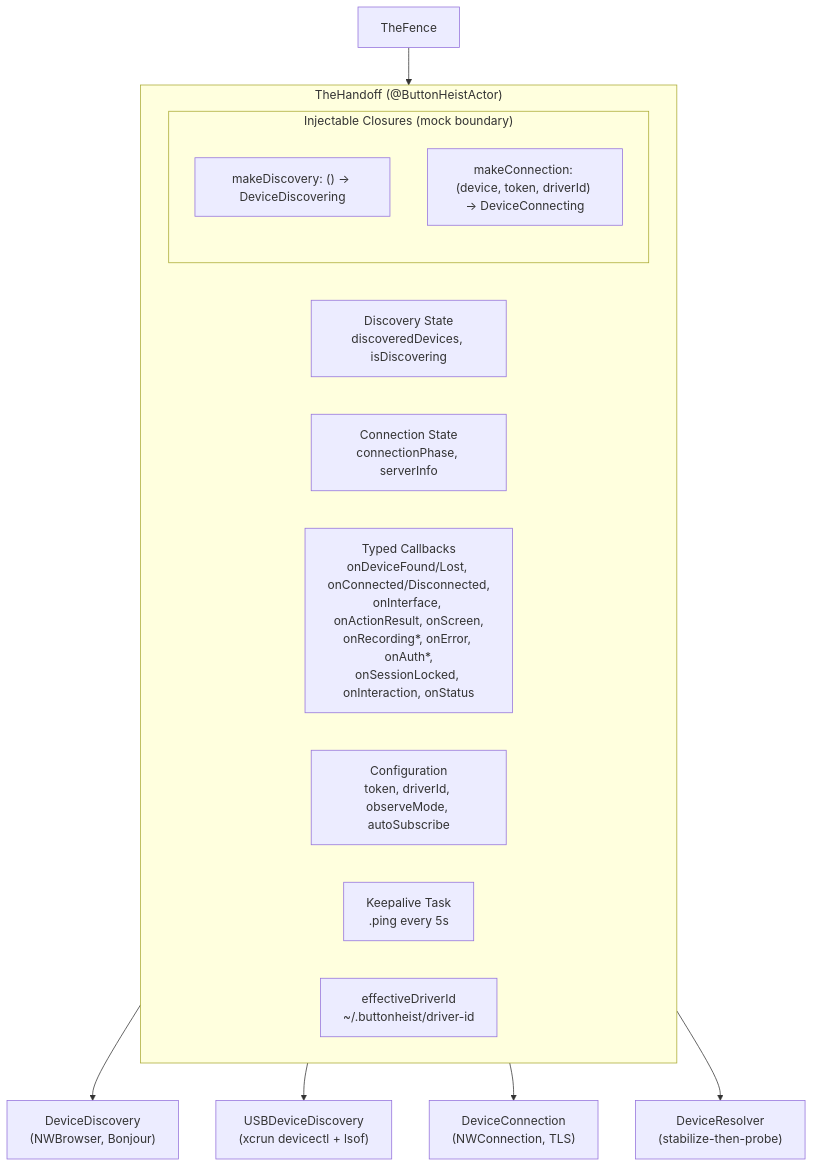
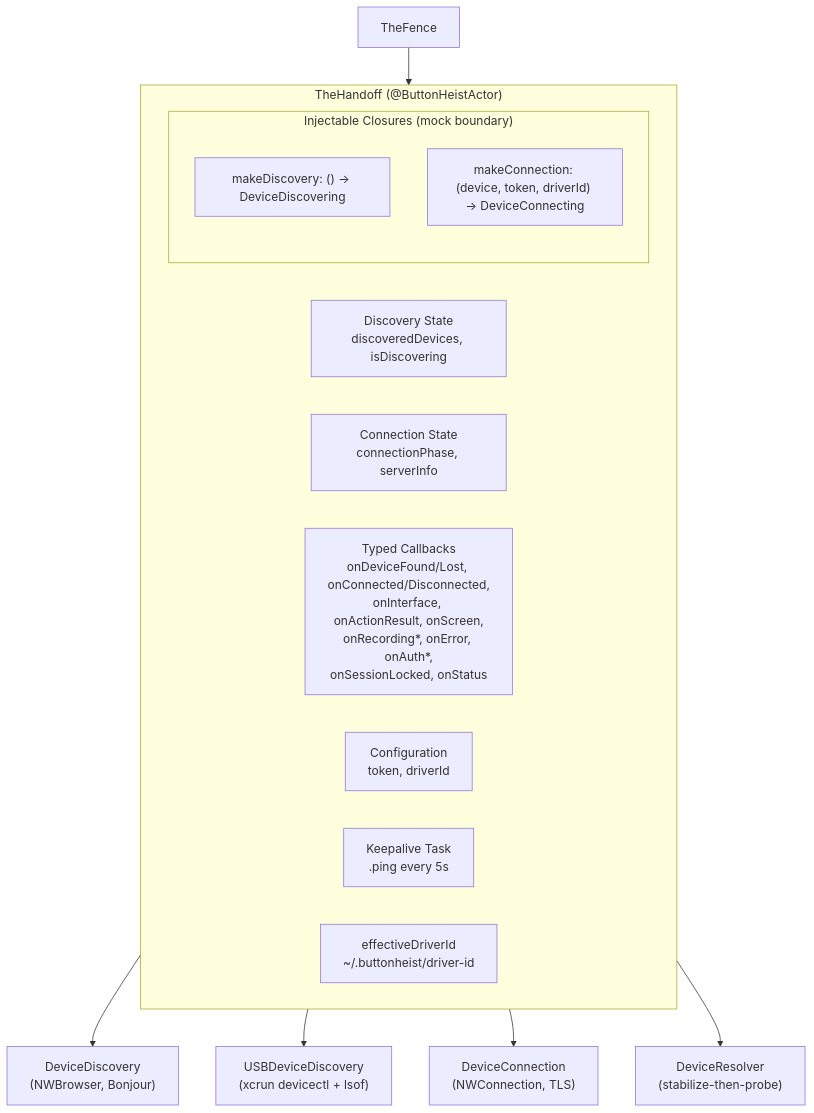
The first of 3 diagrams in docs/dossiers/04-THEHANDOFF.md (RoyalPineapple/TheButtonHeist), drawn with Mermaid before and after one commit. The commit also changed other lines of this file and 35 other files, not shown here.

````diff
--- a/docs/dossiers/04-THEHANDOFF.md
+++ b/docs/dossiers/04-THEHANDOFF.md
@@ -24,24 +24,24 @@
 ```mermaid
 graph TD
     subgraph TheHandoff["TheHandoff (@ButtonHeistActor)"]
         DiscState["Discovery State\ndiscoveredDevices, isDiscovering"]
         ConnState["Connection State\nconnectionPhase, serverInfo"]
-        Callbacks["Typed Callbacks\nonDeviceFound/Lost, onConnected/Disconnected,\nonInterface, onActionResult, onScreen,\nonRecording*, onError, onAuth*,\nonSessionLocked, onInteraction, onStatus"]
-        Config["Configuration\ntoken, driverId, observeMode, autoSubscribe"]
+        Callbacks["Typed Callbacks\nonDeviceFound/Lost, onConnected/Disconnected,\nonInterface, onActionResult, onScreen,\nonRecording*, onError, onAuth*,\nonSessionLocked, onStatus"]
+        Config["Configuration\ntoken, driverId"]
 
         subgraph Factories["Injectable Closures (mock boundary)"]
             MakeDisc["makeDiscovery: () → DeviceDiscovering"]
             MakeConn["makeConnection: (device, token, driverId) → DeviceConnecting"]
         end
 
         Keepalive["Keepalive Task\n.ping every 5s"]
         DriverId["effectiveDriverId\n~/.buttonheist/driver-id"]
     end
 
     TF["TheFence"] --> TheHandoff
 
     TheHandoff --> DevDisc["DeviceDiscovery\n(NWBrowser, Bonjour)"]
     TheHandoff --> USBDisc["USBDeviceDiscovery\n(xcrun devicectl + lsof)"]
     TheHandoff --> DevConn["DeviceConnection\n(NWConnection, TLS)"]
     TheHandoff --> Resolver["DeviceResolver\n(stabilize-then-probe)"]
 ```
````
